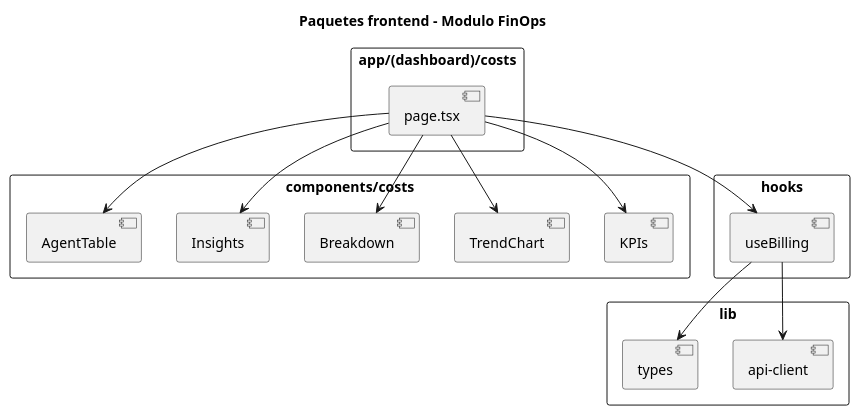
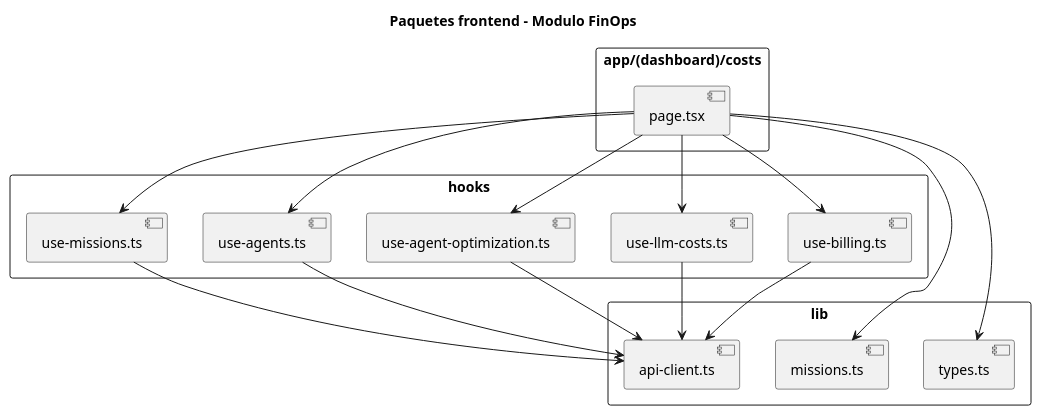
One commit to JoseSalceda/TFG changed the diagram in Capítulos/Capítulo 3/Diseño/Paquetes/Frontend/PaquetesFrontend.puml. Above: the diagram before and after it, drawn with PlantUML. The commit also changed 103 other files, not shown here.

```diff
--- a/Capítulos/Capítulo 3/Diseño/Paquetes/Frontend/PaquetesFrontend.puml
+++ b/Capítulos/Capítulo 3/Diseño/Paquetes/Frontend/PaquetesFrontend.puml
@@ -1,37 +1,38 @@
 @startuml PaquetesFrontend
 
 skinparam packageStyle rectangle
 
 title Paquetes frontend - Modulo FinOps
 
 package "app/(dashboard)/costs" {
   component "page.tsx" as Page
 }
 
-package "components/costs" {
-  component "KPIs" as KPIs
-  component "TrendChart" as Trend
-  component "Breakdown" as Breakdown
-  component "Insights" as Insights
-  component "AgentTable" as Table
-}
-
 package "hooks" {
-  component "useBilling" as Hook
+  component "use-billing.ts" as BillingHook
+  component "use-llm-costs.ts" as LLMHook
+  component "use-agent-optimization.ts" as OptimizationHook
+  component "use-agents.ts" as AgentsHook
+  component "use-missions.ts" as MissionsHook
 }
 
 package "lib" {
-  component "api-client" as Api
-  component "types" as Types
+  component "api-client.ts" as Api
+  component "missions.ts" as Missions
+  component "types.ts" as Types
 }
 
-Page --> KPIs
-Page --> Trend
-Page --> Breakdown
-Page --> Insights
-Page --> Table
-Page --> Hook
-Hook --> Api
-Hook --> Types
+Page --> BillingHook
+Page --> LLMHook
+Page --> OptimizationHook
+Page --> AgentsHook
+Page --> MissionsHook
+Page --> Missions
+Page --> Types
+BillingHook --> Api
+LLMHook --> Api
+OptimizationHook --> Api
+AgentsHook --> Api
+MissionsHook --> Api
 
 @enduml
```
